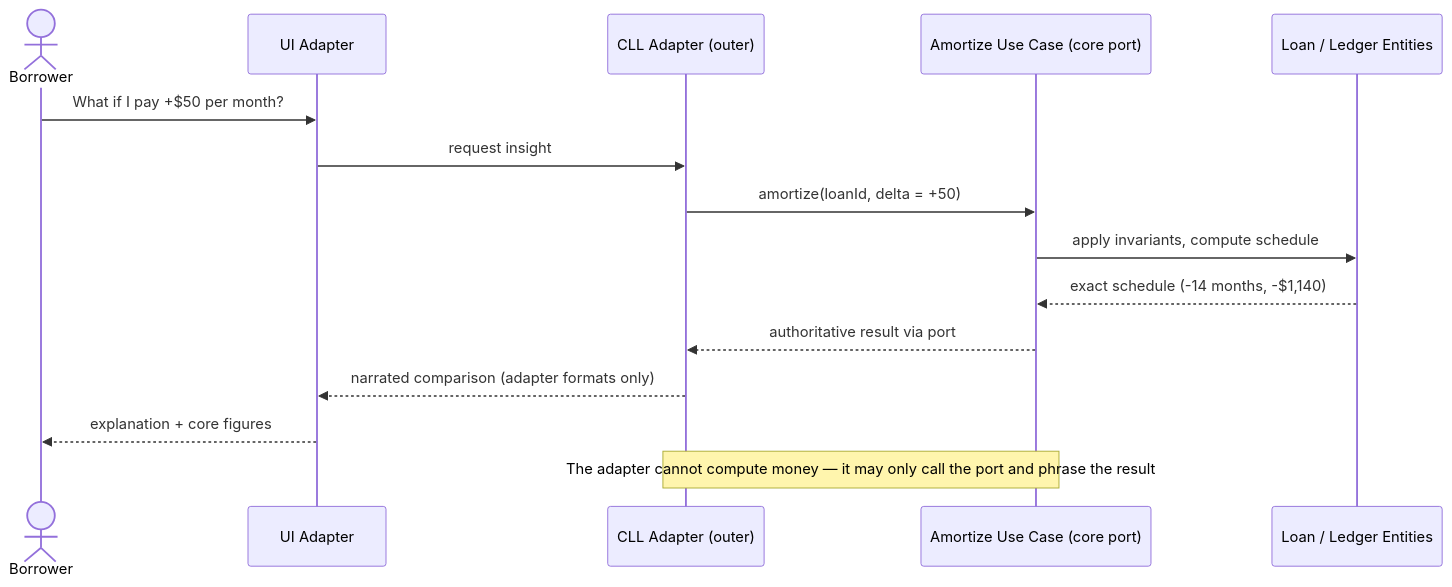
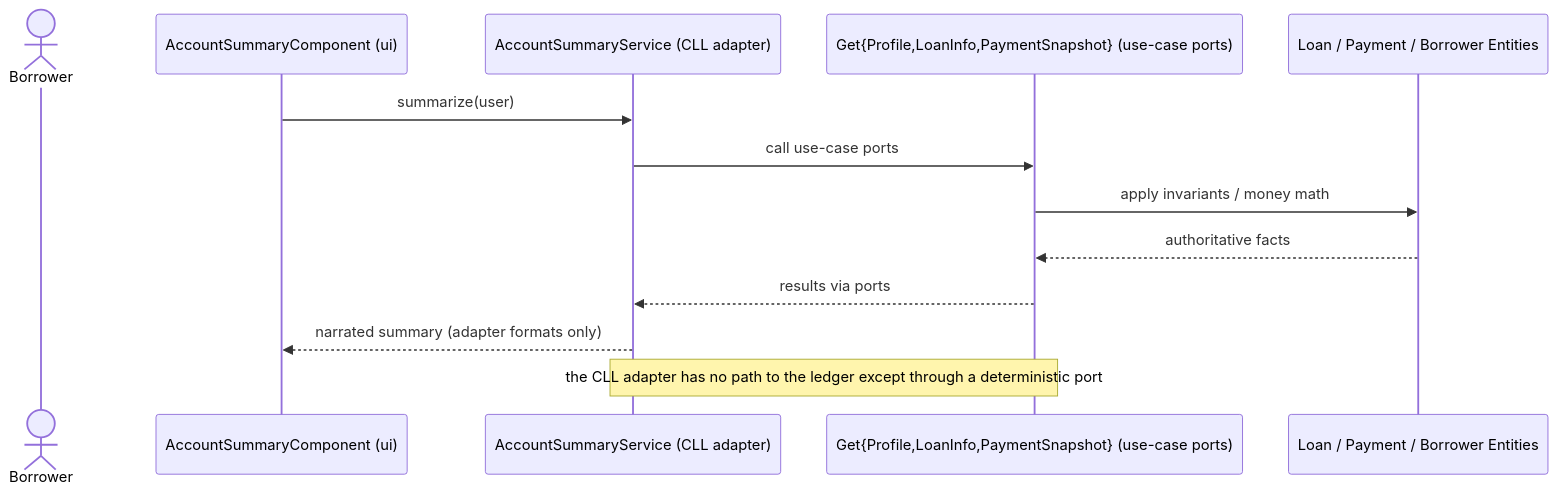
One commit to antongeorgescu/poc-plus-hexagonal-architecture changed the fifth of 8 diagrams in documentation/plus_architecture.md. Above: the diagram before and after it, drawn with Mermaid. The commit also changed other lines of this file, not shown here.

````diff
--- a/documentation/plus_architecture.md
+++ b/documentation/plus_architecture.md
@@ -167,17 +178,15 @@
 ```mermaid
 sequenceDiagram
   actor B as Borrower
-  participant UIA as UI Adapter
-  participant CLLA as CLL Adapter (outer)
-  participant UC as Amortize Use Case (core port)
-  participant E as Loan / Ledger Entities
-  B->>UIA: What if I pay +$50 per month?
-  UIA->>CLLA: request insight
-  CLLA->>UC: amortize(loanId, delta = +50)
-  UC->>E: apply invariants, compute schedule
-  E-->>UC: exact schedule (-14 months, -$1,140)
-  UC-->>CLLA: authoritative result via port
-  CLLA-->>UIA: narrated comparison (adapter formats only)
-  UIA-->>B: explanation + core figures
-  Note over CLLA,UC: The adapter cannot compute money — it may only call the port and phrase the result
+  participant SUM as AccountSummaryComponent (ui)
+  participant AS as AccountSummaryService (CLL adapter)
+  participant UC as Get{Profile,LoanInfo,PaymentSnapshot} (use-case ports)
+  participant E as Loan / Payment / Borrower Entities
+  SUM->>AS: summarize(user)
+  AS->>UC: call use-case ports
+  UC->>E: apply invariants / money math
+  E-->>UC: authoritative facts
+  UC-->>AS: results via ports
+  AS-->>SUM: narrated summary (adapter formats only)
+  Note over AS,UC: the CLL adapter has no path to the ledger except through a deterministic port
 ```
````
